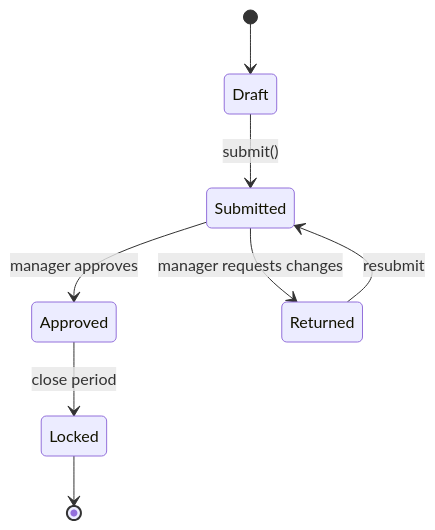
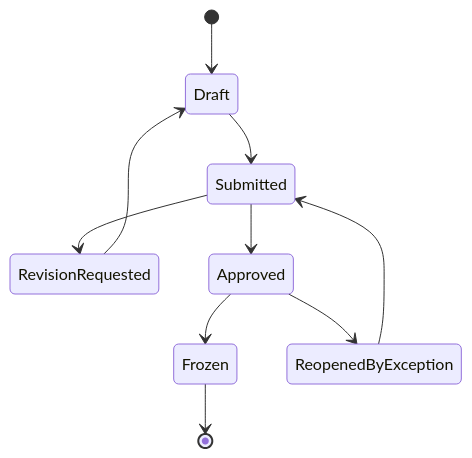
The third of 6 diagrams in Customer Relationship Management Platform/detailed-design/state-machine-diagrams.md (0Ankit0/Project-Ideas), drawn with Mermaid before and after one commit. The commit also changed other lines of this file and 17 other files, not shown here.

````diff
--- a/Customer Relationship Management Platform/detailed-design/state-machine-diagrams.md
+++ b/Customer Relationship Management Platform/detailed-design/state-machine-diagrams.md
@@ -35,10 +82,12 @@
 ```mermaid
 stateDiagram-v2
     [*] --> Draft
-    Draft --> Submitted: submit()
-    Submitted --> Approved: manager approves
-    Submitted --> Returned: manager requests changes
-    Returned --> Submitted: resubmit
-    Approved --> Locked: close period
-    Locked --> [*]
+    Draft --> Submitted
+    Submitted --> RevisionRequested
+    RevisionRequested --> Draft
+    Submitted --> Approved
+    Approved --> Frozen
+    Approved --> ReopenedByException
+    ReopenedByException --> Submitted
+    Frozen --> [*]
 ```
````
